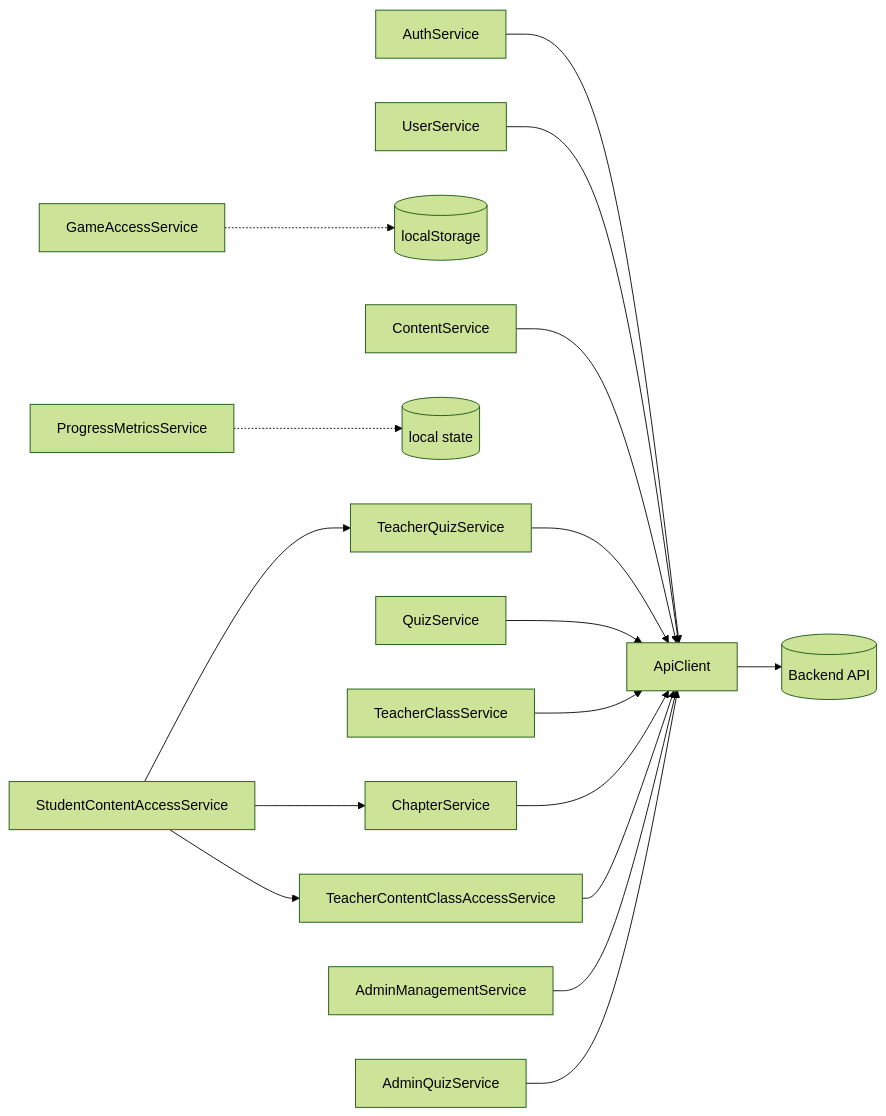
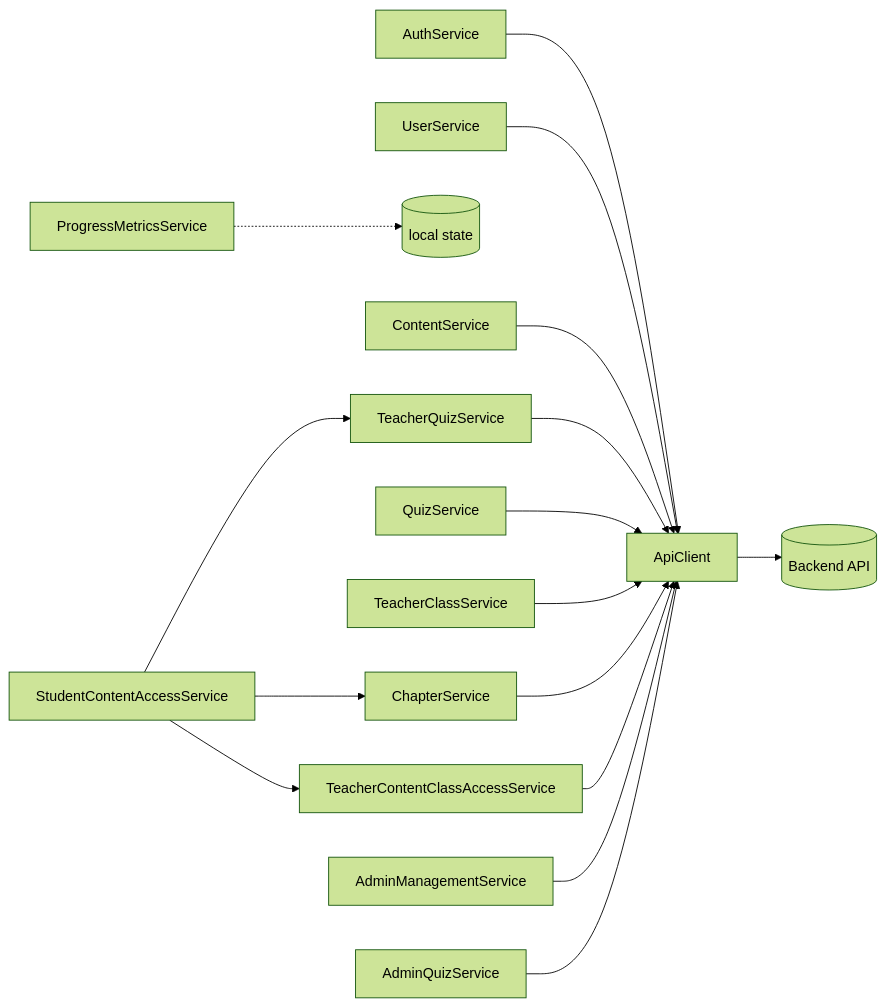
The diagram in .ai/architecture/frontend/services-api.md (Vassili-REGNIER/matheopolis), drawn with Mermaid (forest theme) before and after one commit. The commit also changed other lines of this file and 12 other files, not shown here.

First line of the commit message:
refactor(GameHome): remove GameAccessService and simplify chapter/quiz access logic

````diff
--- a/.ai/architecture/frontend/services-api.md
+++ b/.ai/architecture/frontend/services-api.md
@@ -92,19 +91,18 @@
 ```mermaid
 flowchart LR
   AuthService --> ApiClient
   UserService --> ApiClient
   ChapterService --> ApiClient
   ContentService --> ApiClient
-  GameAccessService -.-> LocalStorage[(localStorage)]
   ProgressMetricsService -.-> LocalState[(local state)]
   QuizService --> ApiClient
   TeacherClassService --> ApiClient
   TeacherQuizService --> ApiClient
   TeacherContentClassAccessService --> ApiClient
   StudentContentAccessService --> TeacherQuizService
   StudentContentAccessService --> ChapterService
   StudentContentAccessService --> TeacherContentClassAccessService
   AdminManagementService --> ApiClient
   AdminQuizService --> ApiClient
   ApiClient --> Backend[(Backend API)]
 ```
````
